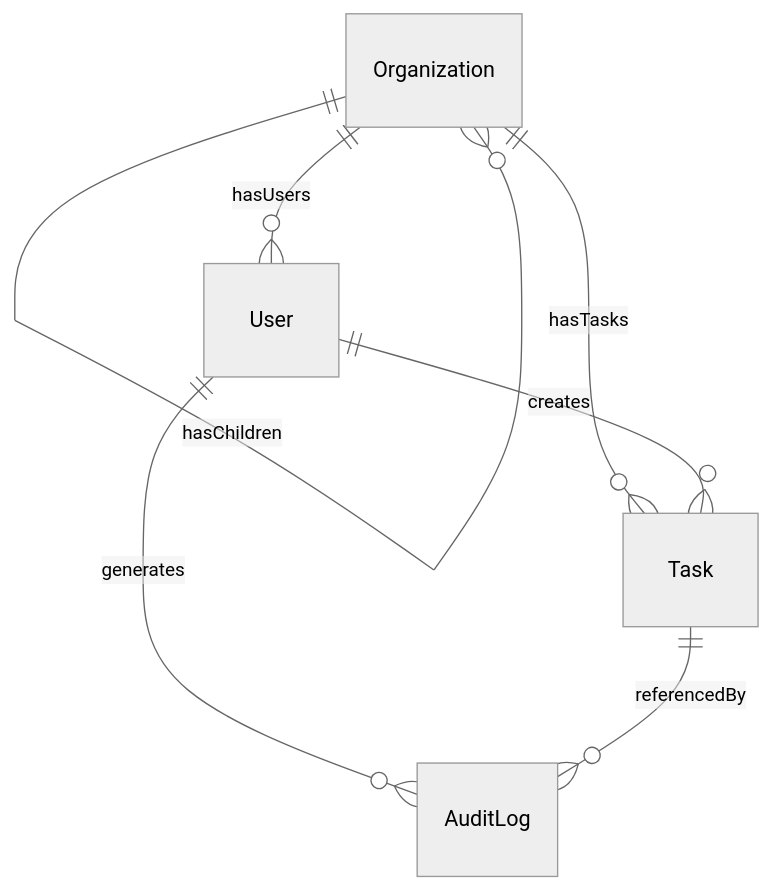
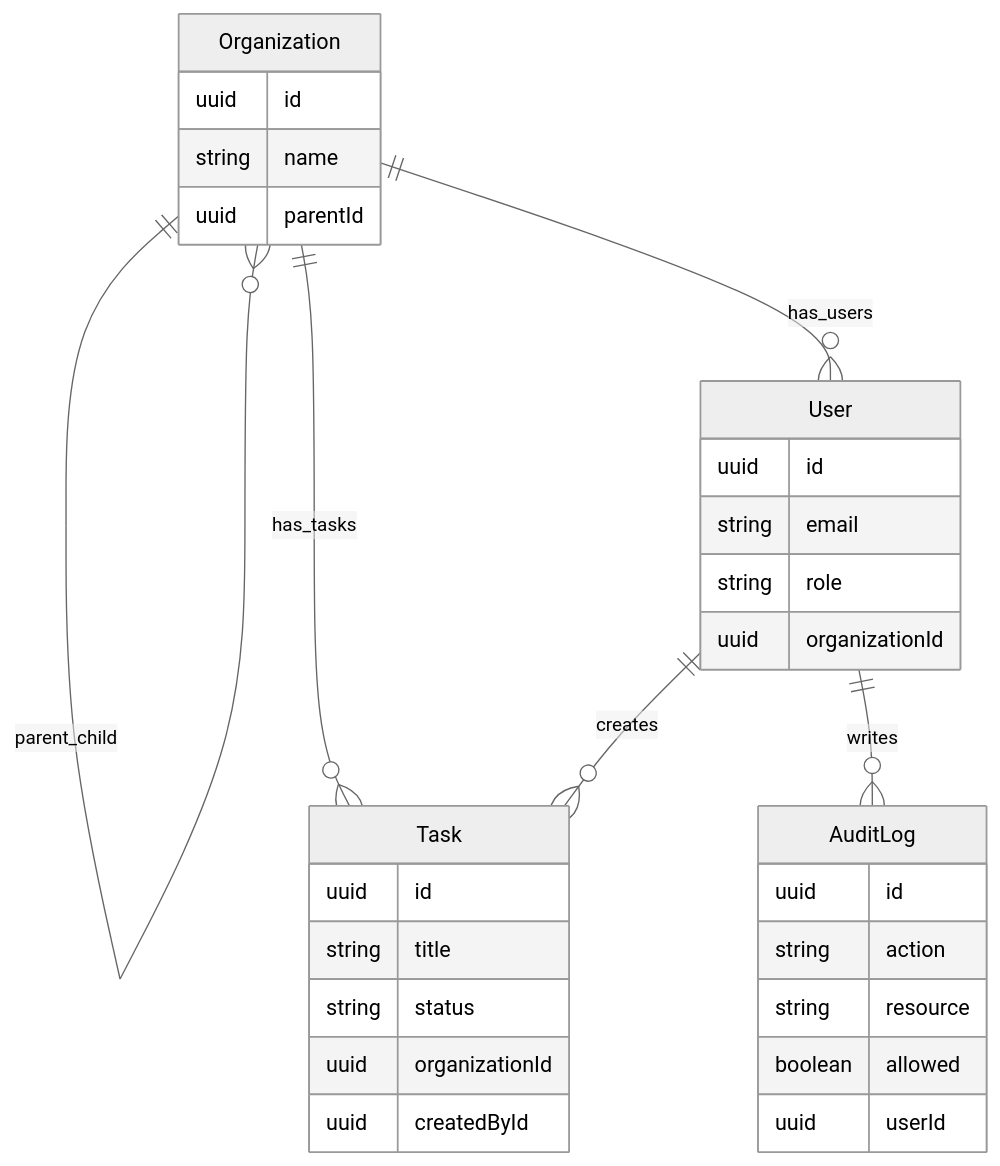
Before and after one commit to sphurthy/ssatish-0a19fc14-d0eb-42ed-850d-63023568a3e3: the diagram in README.md, drawn with Mermaid (neutral theme). The commit also changed 1 other file, not shown here.

Commit message:
fixed readme ERD diagram

````diff
--- a/README.md
+++ b/README.md
@@ -608,9 +608,34 @@
 ```mermaid
 erDiagram
-  Organization ||--o{ Organization : hasChildren
-  Organization ||--o{ User : hasUsers
-  Organization ||--o{ Task : hasTasks
+  Organization {
+    uuid id
+    string name
+    uuid parentId
+  }
+  User {
+    uuid id
+    string email
+    string role
+    uuid organizationId
+  }
+  Task {
+    uuid id
+    string title
+    string status
+    uuid organizationId
+    uuid createdById
+  }
+  AuditLog {
+    uuid id
+    string action
+    string resource
+    boolean allowed
+    uuid userId
+  }
+
+  Organization ||--o{ Organization : parent_child
+  Organization ||--o{ User : has_users
+  Organization ||--o{ Task : has_tasks
   User ||--o{ Task : creates
-  User ||--o{ AuditLog : generates
-  Task ||--o{ AuditLog : referencedBy
+  User ||--o{ AuditLog : writes
 ```
````
